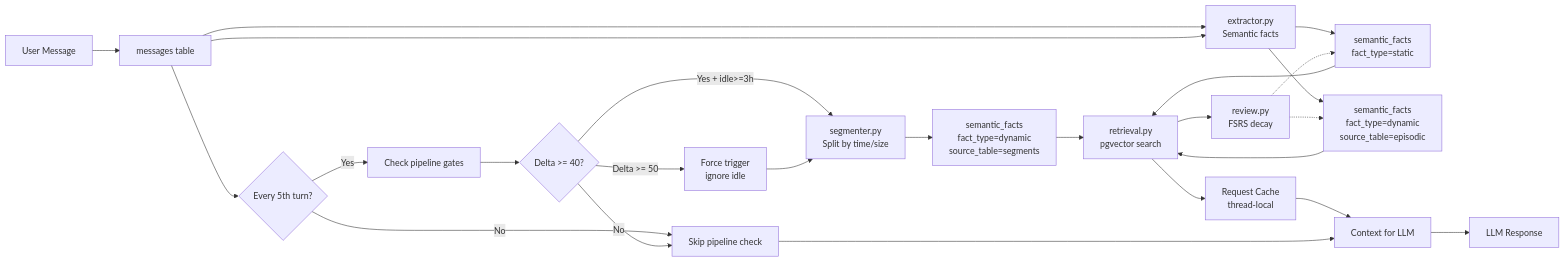
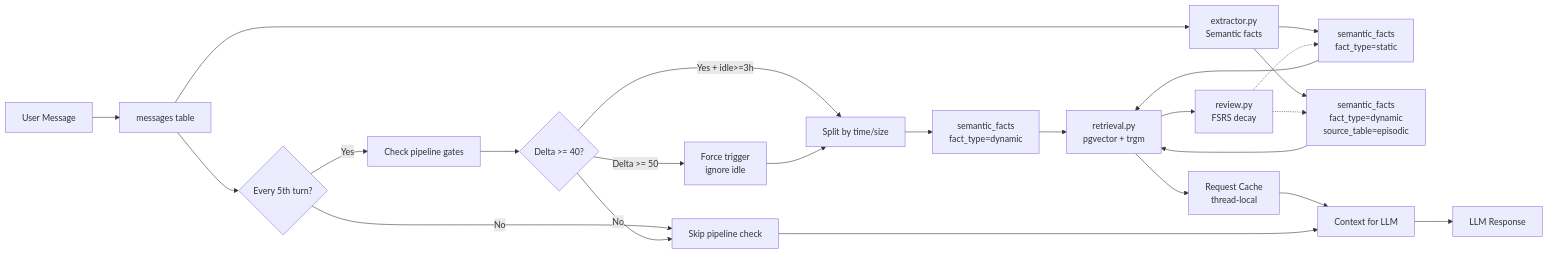
The fourth of 7 diagrams in app/README.md (icedeyes12/yuzu-core), drawn with Mermaid before and after one commit. The commit also changed other lines of this file and 1 other file, not shown here.

````diff
--- a/app/README.md
+++ b/app/README.md
@@ -483,27 +353,26 @@
 ```mermaid
 flowchart LR
     A[User Message] --> B[messages table]
     B --> C{Every 5th turn?}
     C -->|Yes| D[Check pipeline gates]
     C -->|No| E[Skip pipeline check]
     D --> F{Delta >= 40?}
-    F -->|Yes + idle>=3h| G[segmenter.py<br/>Split by time/size]
+    F -->|Yes + idle>=3h| G[Split by time/size]
     F -->|Delta >= 50| H[Force trigger<br/>ignore idle]
     F -->|No| E
     H --> G
-    G --> I[semantic_facts<br/>fact_type=dynamic<br/>source_table=segments]
+    G --> I[semantic_facts<br/>fact_type=dynamic]
     B --> J[extractor.py<br/>Semantic facts]
     J --> K[semantic_facts<br/>fact_type=static]
-    B --> J
     J --> L[semantic_facts<br/>fact_type=dynamic<br/>source_table=episodic]
-    I --> M[retrieval.py<br/>pgvector search]
+    I --> M[retrieval.py<br/>pgvector + trgm]
     K --> M
     L --> M
     M --> N[Request Cache<br/>thread-local]
     N --> O[Context for LLM]
     O --> P[LLM Response]
     M --> Q[review.py<br/>FSRS decay]
     Q -.-> K
     Q -.-> L
     E --> O
 ```
````
